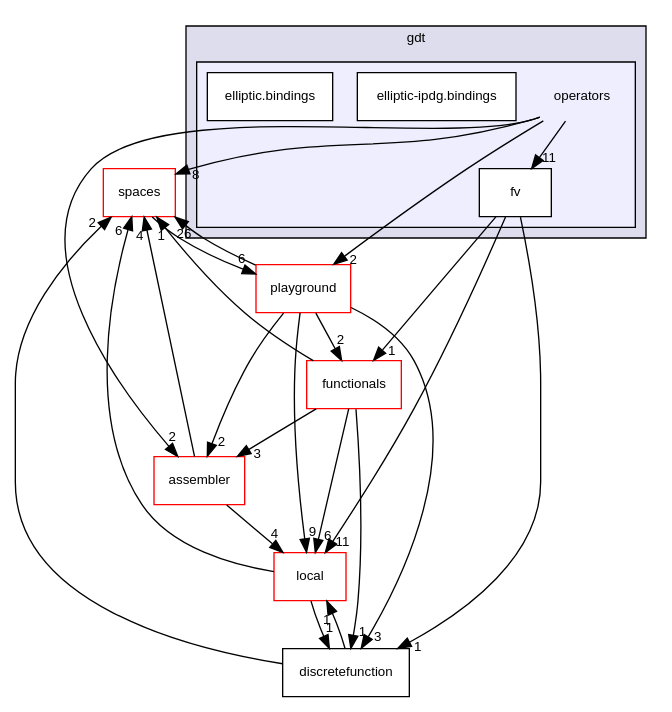
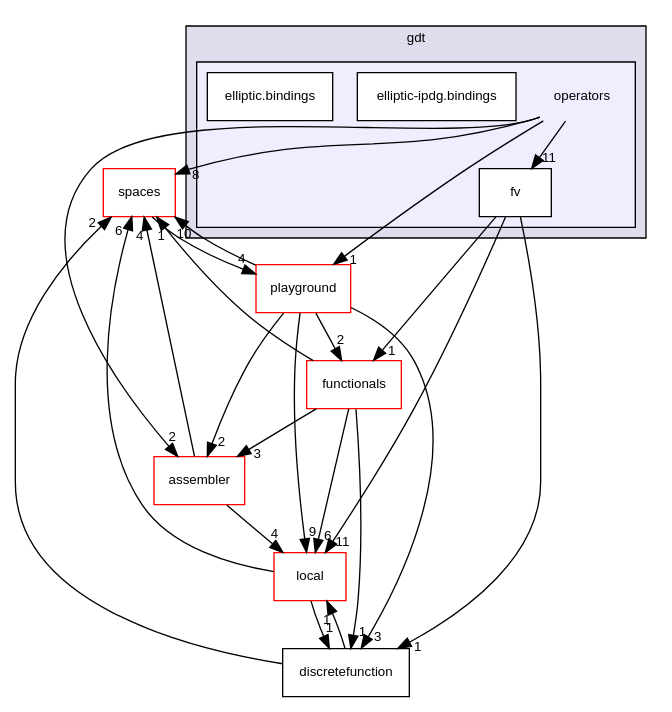
The diagram in docs/dune-gdt/master/dir_8eae17099f455a1cfbd2c25e13098b8a_dep.dot (dune-community/dune-community.github.io), drawn with Graphviz before and after one commit. The commit also changed 3928 other files, not shown here.

```diff
--- a/docs/dune-gdt/master/dir_8eae17099f455a1cfbd2c25e13098b8a_dep.dot
+++ b/docs/dune-gdt/master/dir_8eae17099f455a1cfbd2c25e13098b8a_dep.dot
@@ -1,44 +1,44 @@
 digraph "operators" {
   compound=true
   node [ fontsize="10", fontname="Helvetica"];
   edge [ labelfontsize="10", labelfontname="Helvetica"];
   subgraph clusterdir_34906b46abd2322068aa0195bd244708 {
     graph [ bgcolor="#ddddee", pencolor="black", label="gdt" fontname="Helvetica", fontsize="10", URL="dir_34906b46abd2322068aa0195bd244708.html"]
   subgraph clusterdir_8eae17099f455a1cfbd2c25e13098b8a {
     graph [ bgcolor="#eeeeff", pencolor="black", label="" URL="dir_8eae17099f455a1cfbd2c25e13098b8a.html"];
     dir_8eae17099f455a1cfbd2c25e13098b8a [shape=plaintext label="operators"];
     dir_87b18a23d9e51f5817cb49ca1cea9468 [shape=box label="elliptic-ipdg.bindings" color="black" fillcolor="white" style="filled" URL="dir_87b18a23d9e51f5817cb49ca1cea9468.html"];
     dir_461b88b7437d3f3734080eae7c119c1d [shape=box label="elliptic.bindings" color="black" fillcolor="white" style="filled" URL="dir_461b88b7437d3f3734080eae7c119c1d.html"];
     dir_8fbd9d79de26bd0c08e4e5fb2ef2e7c5 [shape=box label="fv" color="black" fillcolor="white" style="filled" URL="dir_8fbd9d79de26bd0c08e4e5fb2ef2e7c5.html"];
   }
   }
   dir_e5964b6fd5a6d82d96e1215fe4a1a66d [shape=box label="local" fillcolor="white" style="filled" color="red" URL="dir_e5964b6fd5a6d82d96e1215fe4a1a66d.html"];
   dir_e555b9af892587a8ff0beb600029e8f8 [shape=box label="discretefunction" URL="dir_e555b9af892587a8ff0beb600029e8f8.html"];
   dir_43d0cc378a1b7044a9ebea179385123e [shape=box label="spaces" fillcolor="white" style="filled" color="red" URL="dir_43d0cc378a1b7044a9ebea179385123e.html"];
   dir_1eea3f25d96e3194dad91b986d4f2dcc [shape=box label="playground" fillcolor="white" style="filled" color="red" URL="dir_1eea3f25d96e3194dad91b986d4f2dcc.html"];
   dir_4c554f9d783d63f5e41bbf46d8f2008d [shape=box label="assembler" fillcolor="white" style="filled" color="red" URL="dir_4c554f9d783d63f5e41bbf46d8f2008d.html"];
   dir_a1591cda0d63e65779075ba0a12732f6 [shape=box label="functionals" fillcolor="white" style="filled" color="red" URL="dir_a1591cda0d63e65779075ba0a12732f6.html"];
-  dir_8fbd9d79de26bd0c08e4e5fb2ef2e7c5->dir_e5964b6fd5a6d82d96e1215fe4a1a66d [headlabel="11", labeldistance=1.5 headhref="dir_000018_000017.html"];
-  dir_8fbd9d79de26bd0c08e4e5fb2ef2e7c5->dir_e555b9af892587a8ff0beb600029e8f8 [headlabel="1", labeldistance=1.5 headhref="dir_000018_000022.html"];
-  dir_8fbd9d79de26bd0c08e4e5fb2ef2e7c5->dir_a1591cda0d63e65779075ba0a12732f6 [headlabel="1", labeldistance=1.5 headhref="dir_000018_000014.html"];
-  dir_e5964b6fd5a6d82d96e1215fe4a1a66d->dir_e555b9af892587a8ff0beb600029e8f8 [headlabel="1", labeldistance=1.5 headhref="dir_000017_000022.html"];
-  dir_e5964b6fd5a6d82d96e1215fe4a1a66d->dir_43d0cc378a1b7044a9ebea179385123e [headlabel="6", labeldistance=1.5 headhref="dir_000017_000007.html"];
-  dir_e555b9af892587a8ff0beb600029e8f8->dir_e5964b6fd5a6d82d96e1215fe4a1a66d [headlabel="1", labeldistance=1.5 headhref="dir_000022_000017.html"];
-  dir_e555b9af892587a8ff0beb600029e8f8->dir_43d0cc378a1b7044a9ebea179385123e [headlabel="2", labeldistance=1.5 headhref="dir_000022_000007.html"];
-  dir_43d0cc378a1b7044a9ebea179385123e->dir_1eea3f25d96e3194dad91b986d4f2dcc [headlabel="6", labeldistance=1.5 headhref="dir_000007_000019.html"];
-  dir_8eae17099f455a1cfbd2c25e13098b8a->dir_8fbd9d79de26bd0c08e4e5fb2ef2e7c5 [headlabel="11", labeldistance=1.5 headhref="dir_000005_000018.html"];
-  dir_8eae17099f455a1cfbd2c25e13098b8a->dir_43d0cc378a1b7044a9ebea179385123e [headlabel="8", labeldistance=1.5 headhref="dir_000005_000007.html"];
-  dir_8eae17099f455a1cfbd2c25e13098b8a->dir_1eea3f25d96e3194dad91b986d4f2dcc [headlabel="2", labeldistance=1.5 headhref="dir_000005_000019.html"];
-  dir_8eae17099f455a1cfbd2c25e13098b8a->dir_4c554f9d783d63f5e41bbf46d8f2008d [headlabel="2", labeldistance=1.5 headhref="dir_000005_000012.html"];
-  dir_1eea3f25d96e3194dad91b986d4f2dcc->dir_e5964b6fd5a6d82d96e1215fe4a1a66d [headlabel="9", labeldistance=1.5 headhref="dir_000019_000017.html"];
-  dir_1eea3f25d96e3194dad91b986d4f2dcc->dir_e555b9af892587a8ff0beb600029e8f8 [headlabel="3", labeldistance=1.5 headhref="dir_000019_000022.html"];
-  dir_1eea3f25d96e3194dad91b986d4f2dcc->dir_43d0cc378a1b7044a9ebea179385123e [headlabel="26", labeldistance=1.5 headhref="dir_000019_000007.html"];
-  dir_1eea3f25d96e3194dad91b986d4f2dcc->dir_4c554f9d783d63f5e41bbf46d8f2008d [headlabel="2", labeldistance=1.5 headhref="dir_000019_000012.html"];
-  dir_1eea3f25d96e3194dad91b986d4f2dcc->dir_a1591cda0d63e65779075ba0a12732f6 [headlabel="2", labeldistance=1.5 headhref="dir_000019_000014.html"];
-  dir_4c554f9d783d63f5e41bbf46d8f2008d->dir_e5964b6fd5a6d82d96e1215fe4a1a66d [headlabel="4", labeldistance=1.5 headhref="dir_000012_000017.html"];
-  dir_4c554f9d783d63f5e41bbf46d8f2008d->dir_43d0cc378a1b7044a9ebea179385123e [headlabel="4", labeldistance=1.5 headhref="dir_000012_000007.html"];
-  dir_a1591cda0d63e65779075ba0a12732f6->dir_e5964b6fd5a6d82d96e1215fe4a1a66d [headlabel="6", labeldistance=1.5 headhref="dir_000014_000017.html"];
-  dir_a1591cda0d63e65779075ba0a12732f6->dir_e555b9af892587a8ff0beb600029e8f8 [headlabel="1", labeldistance=1.5 headhref="dir_000014_000022.html"];
-  dir_a1591cda0d63e65779075ba0a12732f6->dir_43d0cc378a1b7044a9ebea179385123e [headlabel="1", labeldistance=1.5 headhref="dir_000014_000007.html"];
-  dir_a1591cda0d63e65779075ba0a12732f6->dir_4c554f9d783d63f5e41bbf46d8f2008d [headlabel="3", labeldistance=1.5 headhref="dir_000014_000012.html"];
+  dir_8fbd9d79de26bd0c08e4e5fb2ef2e7c5->dir_e5964b6fd5a6d82d96e1215fe4a1a66d [headlabel="11", labeldistance=1.5 headhref="dir_000017_000016.html"];
+  dir_8fbd9d79de26bd0c08e4e5fb2ef2e7c5->dir_e555b9af892587a8ff0beb600029e8f8 [headlabel="1", labeldistance=1.5 headhref="dir_000017_000021.html"];
+  dir_8fbd9d79de26bd0c08e4e5fb2ef2e7c5->dir_a1591cda0d63e65779075ba0a12732f6 [headlabel="1", labeldistance=1.5 headhref="dir_000017_000011.html"];
+  dir_e5964b6fd5a6d82d96e1215fe4a1a66d->dir_e555b9af892587a8ff0beb600029e8f8 [headlabel="1", labeldistance=1.5 headhref="dir_000016_000021.html"];
+  dir_e5964b6fd5a6d82d96e1215fe4a1a66d->dir_43d0cc378a1b7044a9ebea179385123e [headlabel="6", labeldistance=1.5 headhref="dir_000016_000008.html"];
+  dir_e555b9af892587a8ff0beb600029e8f8->dir_e5964b6fd5a6d82d96e1215fe4a1a66d [headlabel="1", labeldistance=1.5 headhref="dir_000021_000016.html"];
+  dir_e555b9af892587a8ff0beb600029e8f8->dir_43d0cc378a1b7044a9ebea179385123e [headlabel="2", labeldistance=1.5 headhref="dir_000021_000008.html"];
+  dir_43d0cc378a1b7044a9ebea179385123e->dir_1eea3f25d96e3194dad91b986d4f2dcc [headlabel="4", labeldistance=1.5 headhref="dir_000008_000018.html"];
+  dir_8eae17099f455a1cfbd2c25e13098b8a->dir_8fbd9d79de26bd0c08e4e5fb2ef2e7c5 [headlabel="11", labeldistance=1.5 headhref="dir_000014_000017.html"];
+  dir_8eae17099f455a1cfbd2c25e13098b8a->dir_43d0cc378a1b7044a9ebea179385123e [headlabel="8", labeldistance=1.5 headhref="dir_000014_000008.html"];
+  dir_8eae17099f455a1cfbd2c25e13098b8a->dir_1eea3f25d96e3194dad91b986d4f2dcc [headlabel="1", labeldistance=1.5 headhref="dir_000014_000018.html"];
+  dir_8eae17099f455a1cfbd2c25e13098b8a->dir_4c554f9d783d63f5e41bbf46d8f2008d [headlabel="2", labeldistance=1.5 headhref="dir_000014_000005.html"];
+  dir_1eea3f25d96e3194dad91b986d4f2dcc->dir_e5964b6fd5a6d82d96e1215fe4a1a66d [headlabel="9", labeldistance=1.5 headhref="dir_000018_000016.html"];
+  dir_1eea3f25d96e3194dad91b986d4f2dcc->dir_e555b9af892587a8ff0beb600029e8f8 [headlabel="3", labeldistance=1.5 headhref="dir_000018_000021.html"];
+  dir_1eea3f25d96e3194dad91b986d4f2dcc->dir_43d0cc378a1b7044a9ebea179385123e [headlabel="10", labeldistance=1.5 headhref="dir_000018_000008.html"];
+  dir_1eea3f25d96e3194dad91b986d4f2dcc->dir_4c554f9d783d63f5e41bbf46d8f2008d [headlabel="2", labeldistance=1.5 headhref="dir_000018_000005.html"];
+  dir_1eea3f25d96e3194dad91b986d4f2dcc->dir_a1591cda0d63e65779075ba0a12732f6 [headlabel="2", labeldistance=1.5 headhref="dir_000018_000011.html"];
+  dir_4c554f9d783d63f5e41bbf46d8f2008d->dir_e5964b6fd5a6d82d96e1215fe4a1a66d [headlabel="4", labeldistance=1.5 headhref="dir_000005_000016.html"];
+  dir_4c554f9d783d63f5e41bbf46d8f2008d->dir_43d0cc378a1b7044a9ebea179385123e [headlabel="4", labeldistance=1.5 headhref="dir_000005_000008.html"];
+  dir_a1591cda0d63e65779075ba0a12732f6->dir_e5964b6fd5a6d82d96e1215fe4a1a66d [headlabel="6", labeldistance=1.5 headhref="dir_000011_000016.html"];
+  dir_a1591cda0d63e65779075ba0a12732f6->dir_e555b9af892587a8ff0beb600029e8f8 [headlabel="1", labeldistance=1.5 headhref="dir_000011_000021.html"];
+  dir_a1591cda0d63e65779075ba0a12732f6->dir_43d0cc378a1b7044a9ebea179385123e [headlabel="1", labeldistance=1.5 headhref="dir_000011_000008.html"];
+  dir_a1591cda0d63e65779075ba0a12732f6->dir_4c554f9d783d63f5e41bbf46d8f2008d [headlabel="3", labeldistance=1.5 headhref="dir_000011_000005.html"];
 }
```
